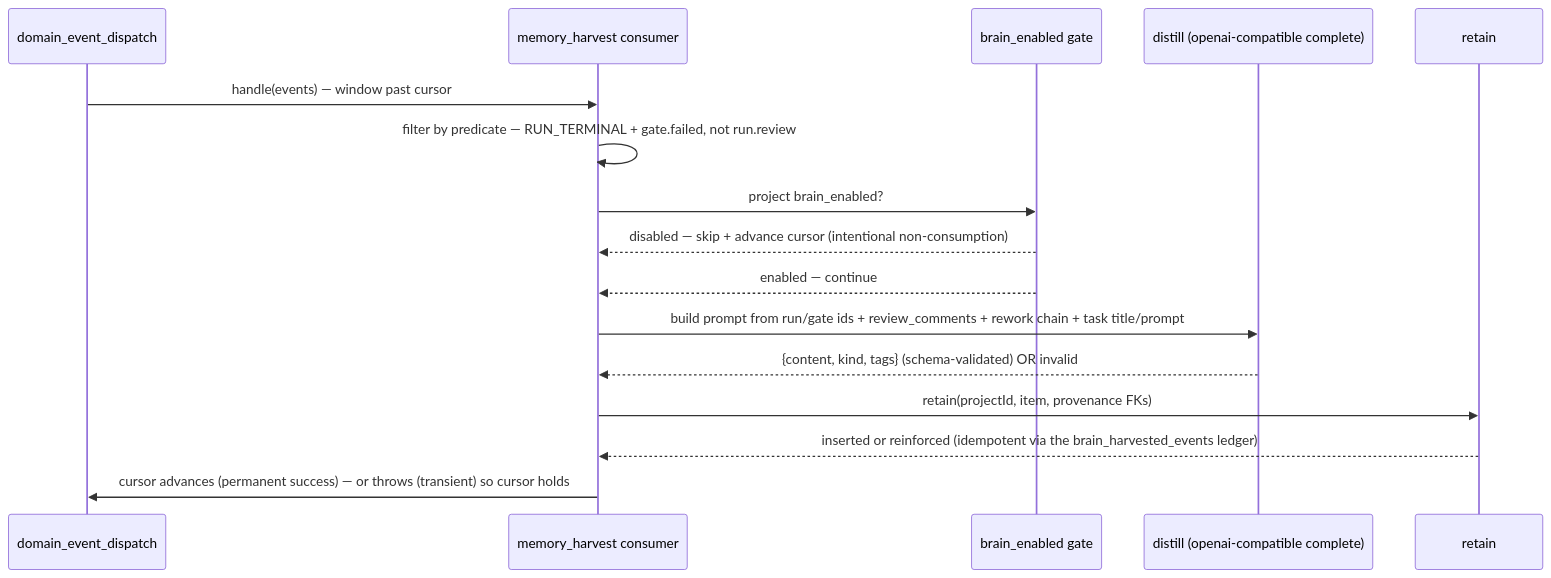
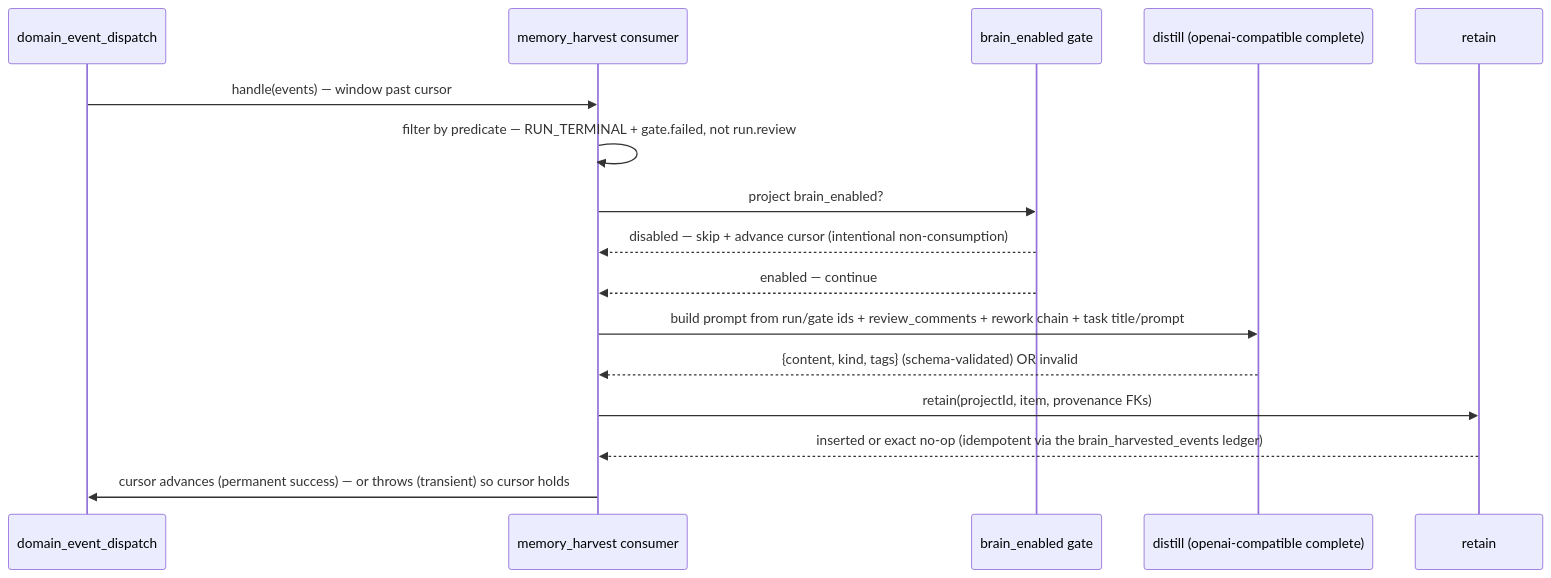
One commit to maister-dev/maister changed the third of 10 diagrams in docs/system-analytics/project-brain.md. Above: the diagram before and after it, drawn with Mermaid. The commit also changed other lines of this file and 12 other files, not shown here.

````diff
--- a/docs/system-analytics/project-brain.md
+++ b/docs/system-analytics/project-brain.md
@@ -185,18 +187,18 @@
 ```mermaid
 sequenceDiagram
     participant D as domain_event_dispatch
     participant H as memory_harvest consumer
     participant P as brain_enabled gate
     participant L as distill (openai-compatible complete)
     participant R as retain
     D->>H: handle(events) — window past cursor
     H->>H: filter by predicate — RUN_TERMINAL + gate.failed, not run.review
     H->>P: project brain_enabled?
     P-->>H: disabled — skip + advance cursor (intentional non-consumption)
     P-->>H: enabled — continue
     H->>L: build prompt from run/gate ids + review_comments + rework chain + task title/prompt
     L-->>H: {content, kind, tags} (schema-validated) OR invalid
     H->>R: retain(projectId, item, provenance FKs)
-    R-->>H: inserted or reinforced (idempotent via the brain_harvested_events ledger)
+    R-->>H: inserted or exact no-op (idempotent via the brain_harvested_events ledger)
     H->>D: cursor advances (permanent success) — or throws (transient) so cursor holds
 ```
````
